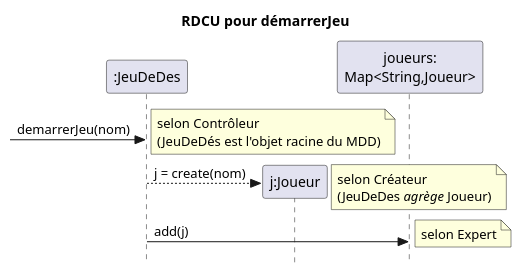
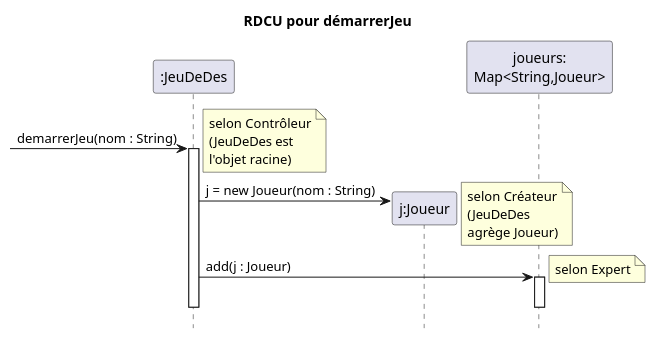
The diagram in docs/modeles/rdcu-demarrerJeu.puml (cc-probitaille/log210-lab01-template), drawn with PlantUML before and after one commit. The commit also changed 17 other files, not shown here.

```diff
--- a/docs/modeles/rdcu-demarrerJeu.puml
+++ b/docs/modeles/rdcu-demarrerJeu.puml
@@ -1,15 +1,37 @@
 @startuml
-skinparam style strictuml
-skinparam defaultfontname Verdana
+hide footbox
+
 title RDCU pour démarrerJeu
-participant ":JeuDeDes" as c
-->c : demarrerJeu(nom)
-note right : selon Contrôleur\n(JeuDeDés est l'objet racine du MDD)
-participant "j:Joueur" as j
-create j
-participant "joueurs:\nMap<String,Joueur>" as jm
-c-->j : j = create(nom)
-note right : selon Créateur\n(JeuDeDes //agrège// Joueur)
-c -> jm : add(j)
-note right : selon Expert
+
+participant ":JeuDeDes" as J
+participant "j:Joueur" as P
+participant "joueurs:\nMap<String,Joueur>" as M
+
+-> J : demarrerJeu(nom : String)
+activate J
+
+note right
+  selon Contrôleur
+  (JeuDeDes est
+  l'objet racine)
+end note
+
+Create P
+J -> P : j = new Joueur(nom : String)
+
+note right
+  selon Créateur
+  (JeuDeDes
+  agrège Joueur)
+end note
+
+J -> M : add(j : Joueur)
+activate M
+deactivate M
+
+note right
+  selon Expert
+end note
+
+deactivate J
 @enduml
```
